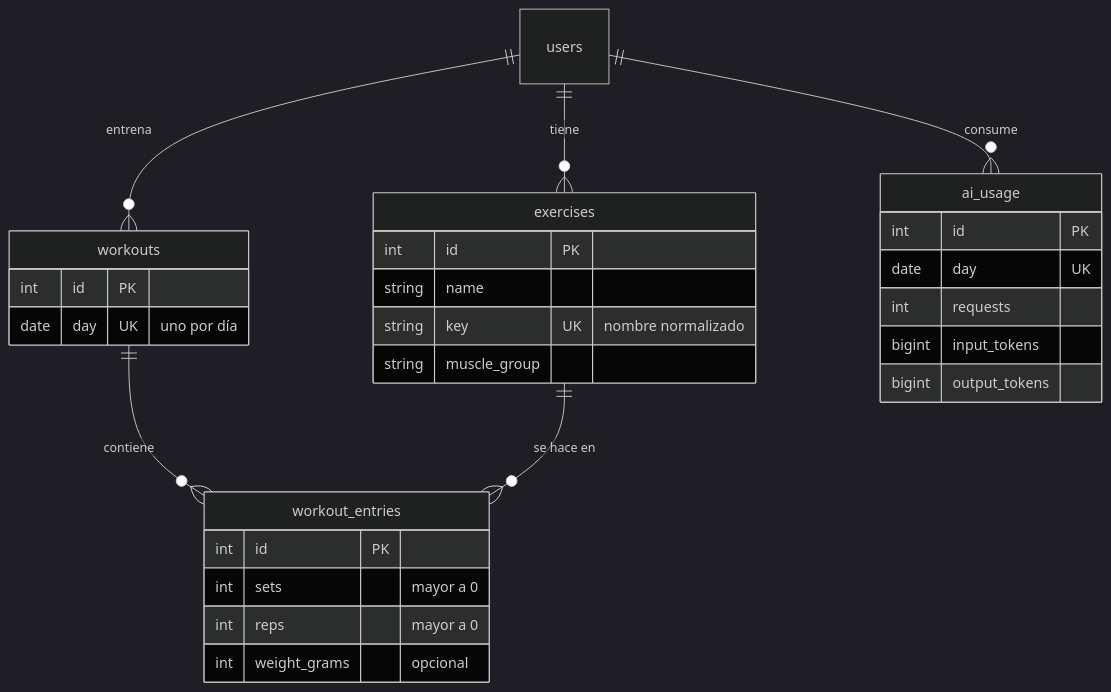
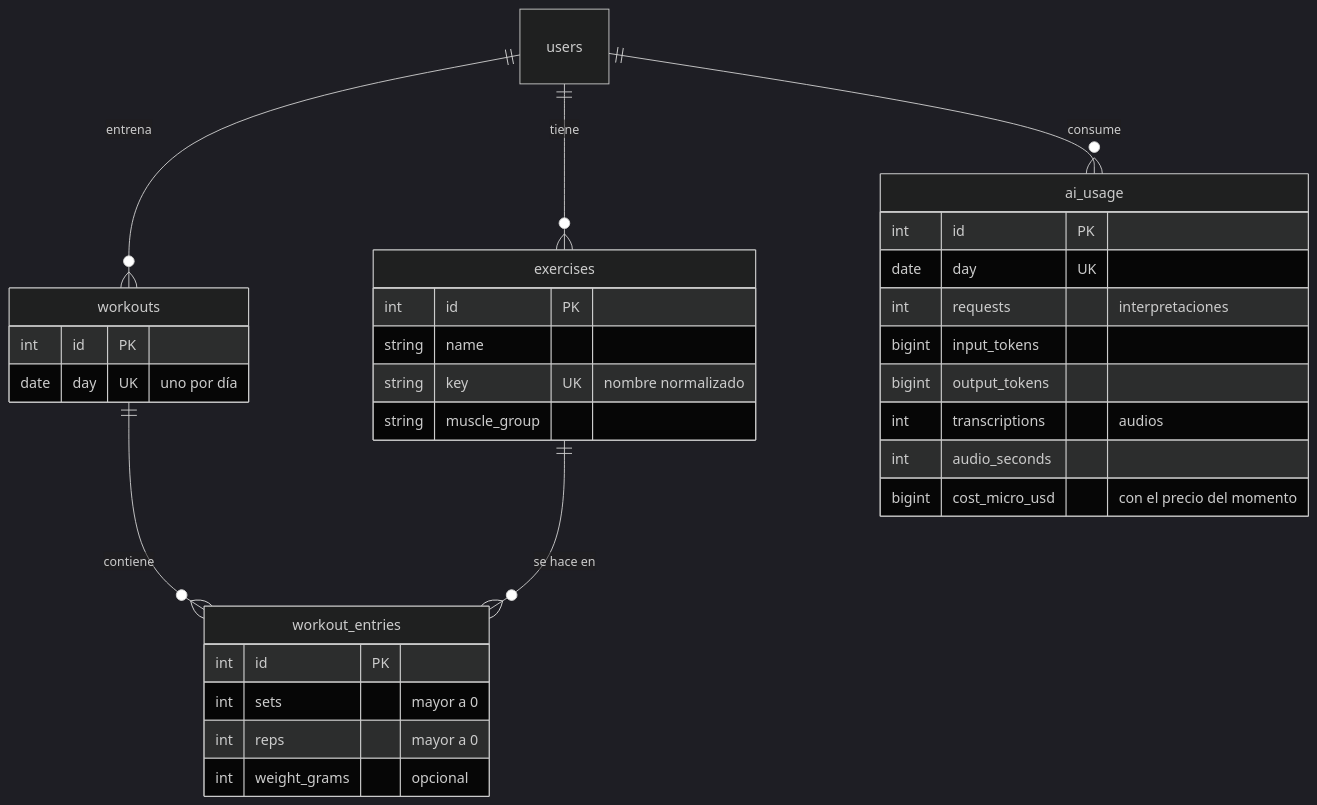
The fourth of 4 diagrams in docs/ARCHITECTURE.md (leocaimmi/Bot-Assistant-), drawn with Mermaid (dark theme) before and after one commit. The commit also changed other lines of this file, not shown here.

Commit message:
docs: describe voice messages and ai costs in the architecture

````diff
--- a/docs/ARCHITECTURE.md
+++ b/docs/ARCHITECTURE.md
@@ -161,32 +169,35 @@
 ```mermaid
 erDiagram
     users ||--o{ exercises : tiene
     users ||--o{ workouts : entrena
     workouts ||--o{ workout_entries : contiene
     exercises ||--o{ workout_entries : "se hace en"
     users ||--o{ ai_usage : consume
 
     exercises {
         int id PK
         string name
         string key UK "nombre normalizado"
         string muscle_group
     }
     workouts {
         int id PK
         date day UK "uno por día"
     }
     workout_entries {
         int id PK
         int sets "mayor a 0"
         int reps "mayor a 0"
         int weight_grams "opcional"
     }
     ai_usage {
         int id PK
         date day UK
-        int requests
+        int requests "interpretaciones"
         bigint input_tokens
         bigint output_tokens
+        int transcriptions "audios"
+        int audio_seconds
+        bigint cost_micro_usd "con el precio del momento"
     }
 ```
````
